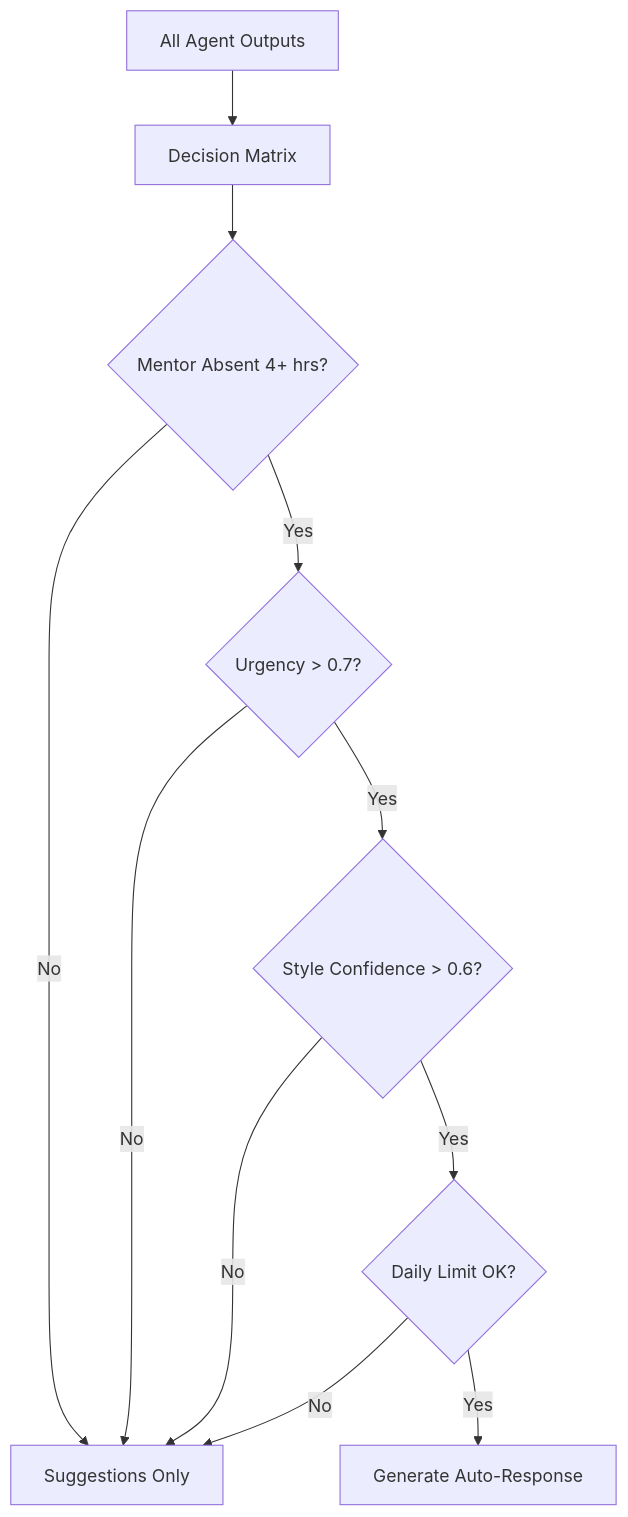
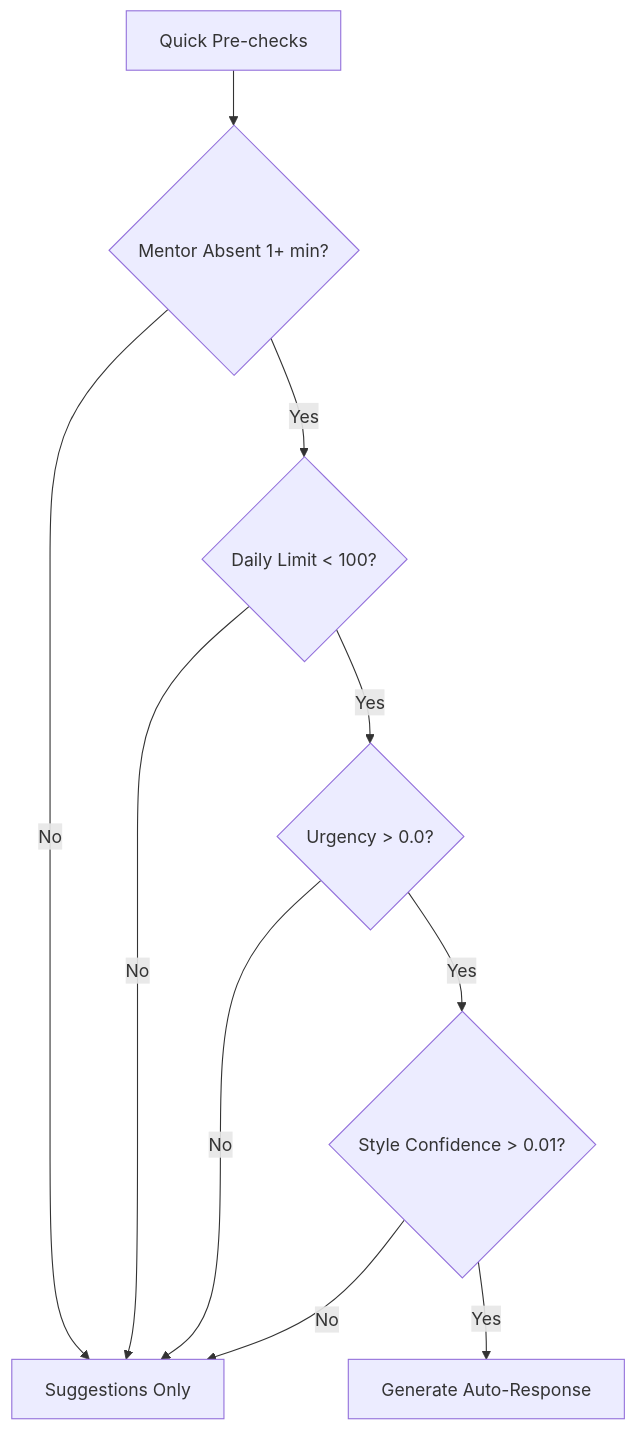
The seventh of 14 diagrams in docs/development/ai agent/ai-agent-architecture.md (xandylearning/zulip), drawn with Mermaid before and after one commit. The commit also changed other lines of this file and 27 other files, not shown here.

First line of the commit message:
feat(ai-agent-system): implement comprehensive AI mentor system and related configurations

````diff
--- a/docs/development/ai agent/ai-agent-architecture.md
+++ b/docs/development/ai agent/ai-agent-architecture.md
@@ -217,13 +249,12 @@
 ```mermaid
 graph TB
-    A[All Agent Outputs] --> B[Decision Matrix]
-    B --> C{Mentor Absent 4+ hrs?}
-    C -->|No| D[Suggestions Only]
-    C -->|Yes| E{Urgency > 0.7?}
-    E -->|No| D
-    E -->|Yes| F{Style Confidence > 0.6?}
-    F -->|No| D
-    F -->|Yes| G{Daily Limit OK?}
-    G -->|No| D
-    G -->|Yes| H[Generate Auto-Response]
+    A[Quick Pre-checks] --> B{Mentor Absent 1+ min?}
+    B -->|No| C[Suggestions Only]
+    B -->|Yes| D{Daily Limit < 100?}
+    D -->|No| C
+    D -->|Yes| E{Urgency > 0.0?}
+    E -->|No| C
+    E -->|Yes| F{Style Confidence > 0.01?}
+    F -->|No| C
+    F -->|Yes| G[Generate Auto-Response]
 ```
````
